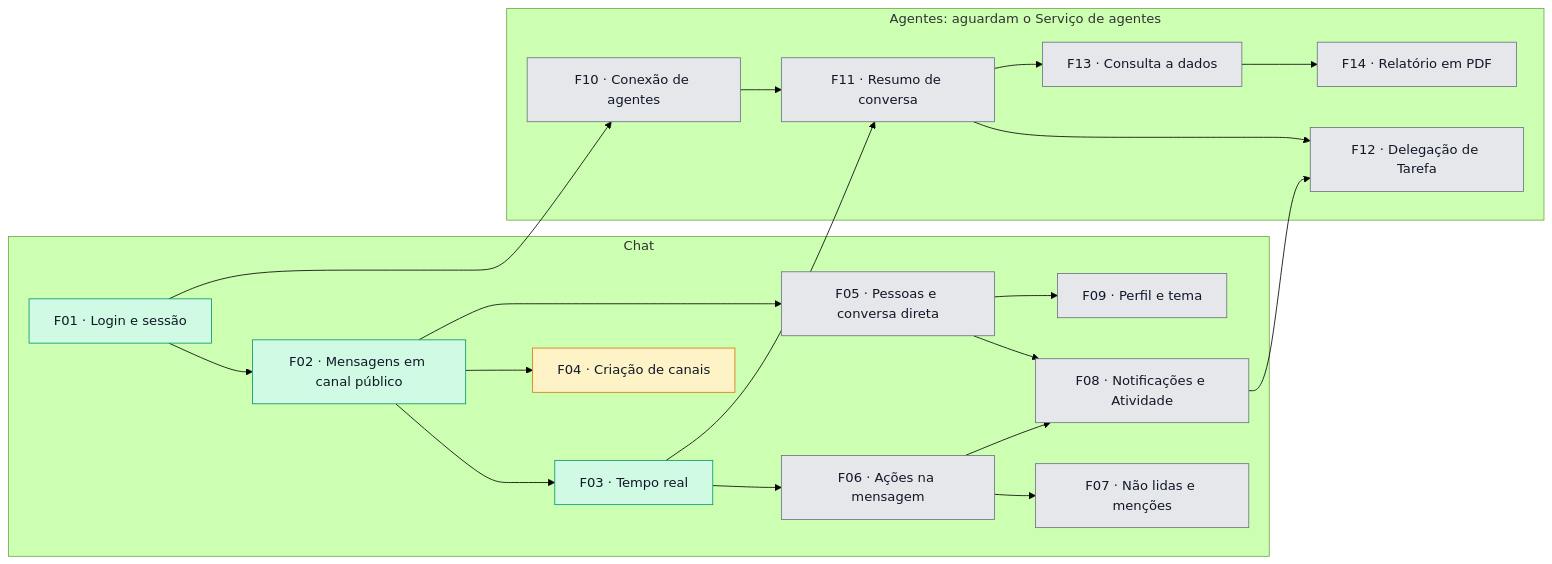
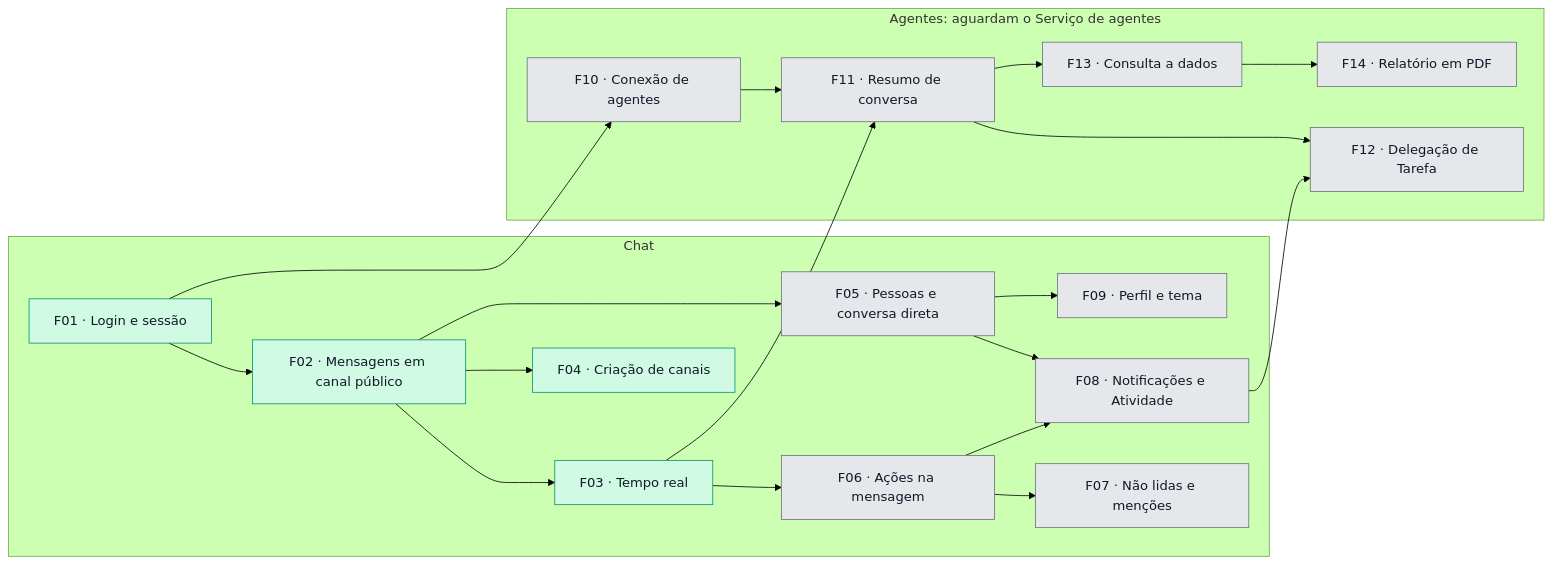
The diagram in docs/roadmap.md (1978bruno/fulldev_SKILL-Agentes-e-MCP-para-vibe-code), drawn with Mermaid (forest theme) before and after one commit. The commit also changed other lines of this file and 1 other file, not shown here.

Commit message:
docs: conclui a F04-T06 na tarefa e a F04 no roadmap

````diff
--- a/docs/roadmap.md
+++ b/docs/roadmap.md
@@ -48,49 +48,48 @@
 ```mermaid
 flowchart LR
   subgraph chat ["Chat"]
     F01["F01 · Login e sessão"]
     F02["F02 · Mensagens em canal público"]
     F03["F03 · Tempo real"]
     F04["F04 · Criação de canais"]
     F05["F05 · Pessoas e conversa direta"]
     F06["F06 · Ações na mensagem"]
     F07["F07 · Não lidas e menções"]
     F08["F08 · Notificações e Atividade"]
     F09["F09 · Perfil e tema"]
   end
 
   subgraph agentes ["Agentes: aguardam o Serviço de agentes"]
     F10["F10 · Conexão de agentes"]
     F11["F11 · Resumo de conversa"]
     F12["F12 · Delegação de Tarefa"]
     F13["F13 · Consulta a dados"]
     F14["F14 · Relatório em PDF"]
   end
 
   F01 --> F02
   F02 --> F03
   F02 --> F04
   F02 --> F05
   F03 --> F06
   F06 --> F07
   F05 --> F08
   F06 --> F08
   F05 --> F09
   F01 --> F10
   F03 --> F11
   F10 --> F11
   F08 --> F12
   F11 --> F12
   F11 --> F13
   F13 --> F14
 
   classDef planejada fill:#e5e7eb,stroke:#6b7280,color:#111827
   classDef prdPronto fill:#dbeafe,stroke:#3b82f6,color:#111827
   classDef specPronta fill:#bfdbfe,stroke:#1d4ed8,color:#111827
   classDef emAndamento fill:#fef3c7,stroke:#d97706,color:#111827
   classDef concluida fill:#d1fae5,stroke:#059669,color:#111827
 
-  class F01,F02,F03 concluida
-  class F04 emAndamento
+  class F01,F02,F03,F04 concluida
   class F05,F06,F07,F08,F09,F10,F11,F12,F13,F14 planejada
 ```
````
